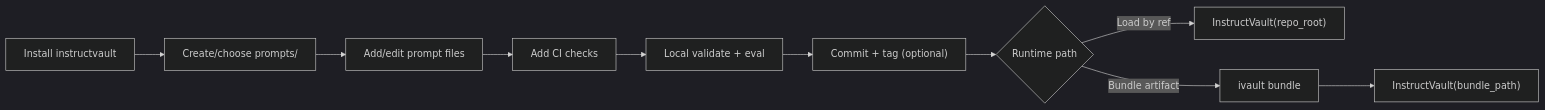
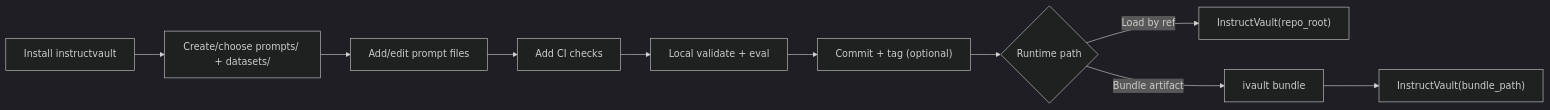
Before and after one commit to 05satyam/instruct_vault: the third of 3 diagrams in README.md, drawn with Mermaid (dark theme). The commit also changed other lines of this file and 5 other files, not shown here.

Commit message:
docs: add demo template and existing-repo diagram

````diff
--- a/README.md
+++ b/README.md
@@ -95,12 +95,12 @@
 ```mermaid
 flowchart LR
-  A[Install instructvault] --> B["Create/choose prompts/"]
+  A[Install instructvault] --> B["Create/choose prompts/ + datasets/"]
   B --> C["Add/edit prompt files"]
   C --> D[Add CI checks]
   D --> E["Local validate + eval"]
   E --> F["Commit + tag (optional)"]
   F --> G{Runtime path}
   G -->|Load by ref| H["InstructVault(repo_root)"]
   G -->|Bundle artifact| I[ivault bundle]
   I --> J["InstructVault(bundle_path)"]
 ```
````
